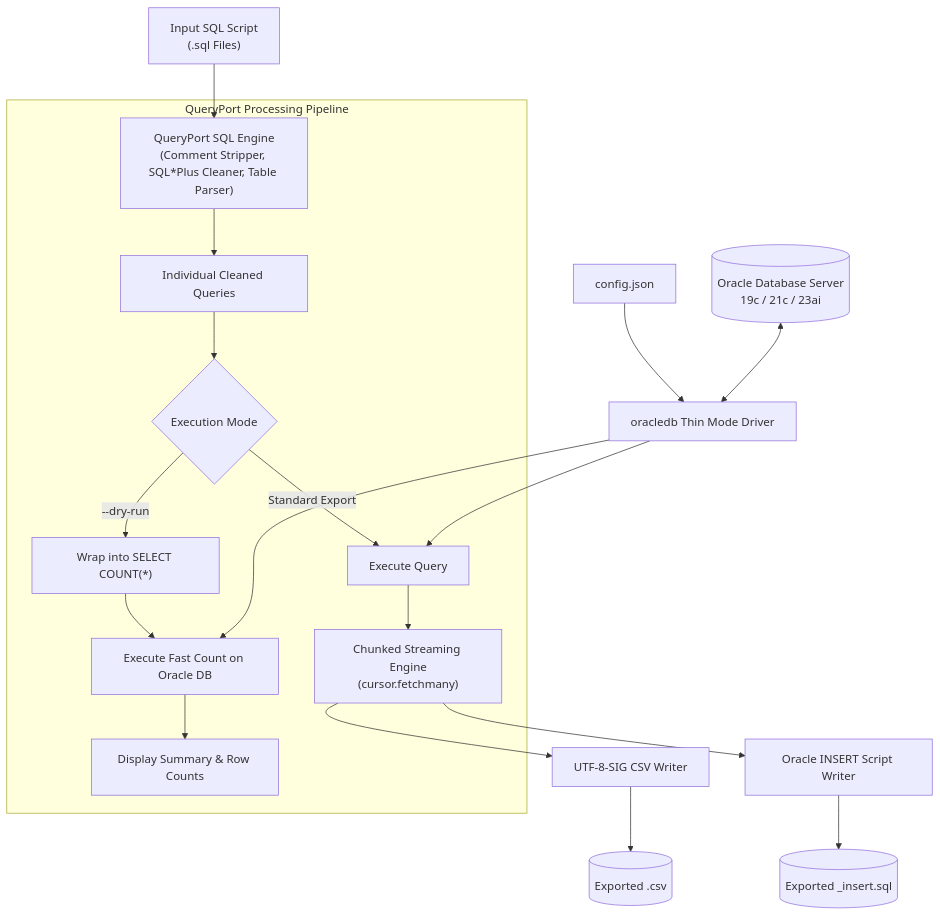
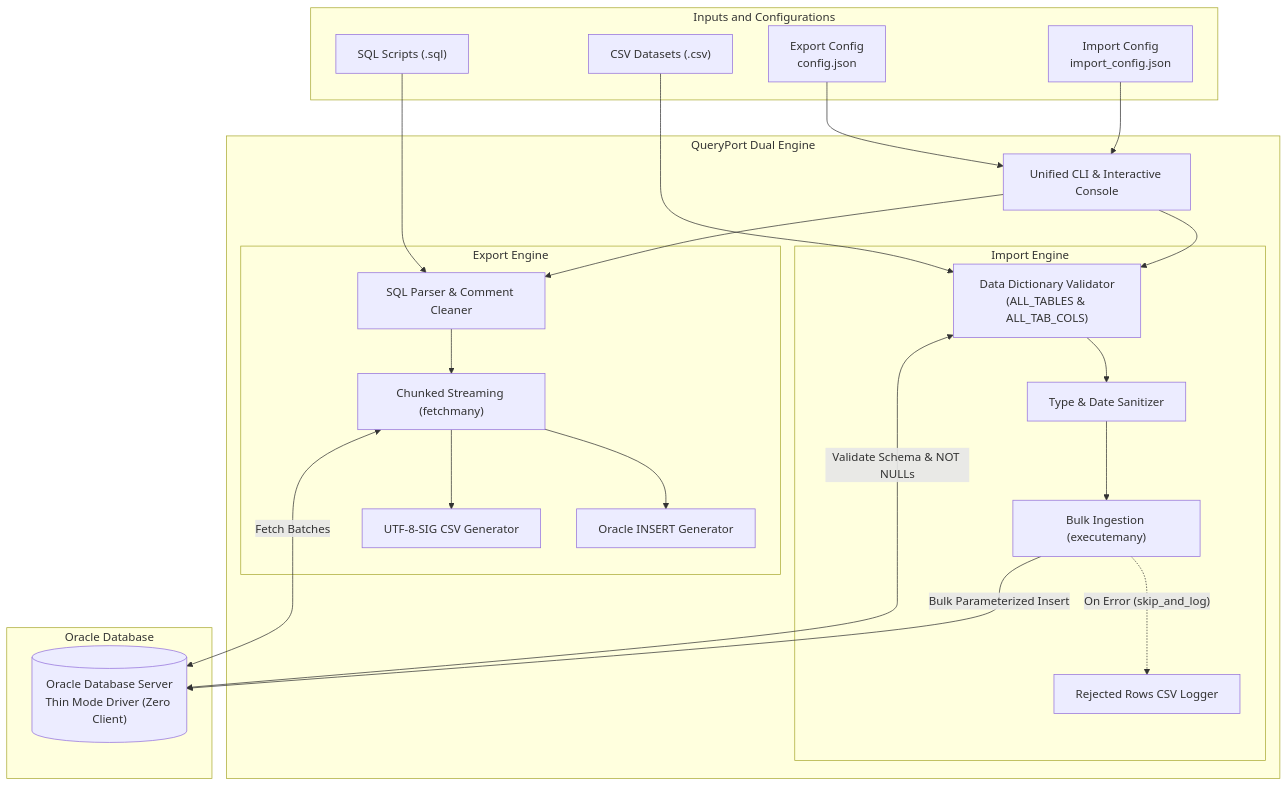
The diagram in README.en.md (hamid-morsali-786/QueryPort), drawn with Mermaid before and after one commit. The commit also changed other lines of this file and 8 other files, not shown here.

Commit message:
docs & build: update documentation and rebuild standalone QueryPort binary with import feature

````diff
--- a/README.en.md
+++ b/README.en.md
@@ -89,27 +105,50 @@
 ```mermaid
 flowchart TD
-    SQLFile["Input SQL Script<br/>(.sql Files)"] --> Parser["QueryPort SQL Engine<br/>(Comment Stripper, SQL*Plus Cleaner, Table Parser)"]
-    
-    subgraph QueryPort Processing Pipeline
-        Parser --> Queries["Individual Cleaned Queries"]
-        Queries --> ModeCheck{"Execution Mode"}
-        
-        ModeCheck -- "--dry-run" --> CountQuery["Wrap into SELECT COUNT(*)"]
-        CountQuery --> DBCount["Execute Fast Count on Oracle DB"]
-        DBCount --> CLIReport["Display Summary & Row Counts"]
-        
-        ModeCheck -- "Standard Export" --> RunQuery["Execute Query"]
-        RunQuery --> StreamEngine["Chunked Streaming Engine<br/>(cursor.fetchmany)"]
+    subgraph Inputs and Configurations
+        SQLIn["SQL Scripts (.sql)"]
+        CSVIn["CSV Datasets (.csv)"]
+        ConfigExp["Export Config<br/>config.json"]
+        ConfigImp["Import Config<br/>import_config.json"]
     end
 
-    Config["config.json"] --> Conn["oracledb Thin Mode Driver"]
-    Conn --> RunQuery
-    Conn --> DBCount
-    Oracle[("Oracle Database Server<br/>19c / 21c / 23ai")] <--> Conn
+    subgraph QueryPort Dual Engine
+        CLI["Unified CLI & Interactive Console"]
+        
+        subgraph Export Engine
+            Parser["SQL Parser & Comment Cleaner"]
+            StreamExp["Chunked Streaming (fetchmany)"]
+            CSVGen["UTF-8-SIG CSV Generator"]
+            SQLGen["Oracle INSERT Generator"]
+        end
 
-    StreamEngine --> CSVWriter["UTF-8-SIG CSV Writer"]
-    StreamEngine --> SQLWriter["Oracle INSERT Script Writer"]
+        subgraph Import Engine
+            Validator["Data Dictionary Validator<br/>(ALL_TABLES & ALL_TAB_COLS)"]
+            Cleaner["Type & Date Sanitizer"]
+            Batcher["Bulk Ingestion (executemany)"]
+            ErrLog["Rejected Rows CSV Logger"]
+        end
+    end
 
-    CSVWriter --> CSVOut[("Exported .csv")]
-    SQLWriter --> SQLOut[("Exported _insert.sql")]
+    subgraph Oracle Database
+        Oracle[("Oracle Database Server<br/>Thin Mode Driver (Zero Client)")]
+    end
+
+    ConfigExp --> CLI
+    ConfigImp --> CLI
+    SQLIn --> Parser
+    CSVIn --> Validator
+
+    CLI --> Parser
+    CLI --> Validator
+
+    Parser --> StreamExp
+    StreamExp <-->|"Fetch Batches"| Oracle
+    StreamExp --> CSVGen
+    StreamExp --> SQLGen
+
+    Validator <-->|"Validate Schema & NOT NULLs"| Oracle
+    Validator --> Cleaner
+    Cleaner --> Batcher
+    Batcher -->|"Bulk Parameterized Insert"| Oracle
+    Batcher -.->|"On Error (skip_and_log)"| ErrLog
 ```
````
